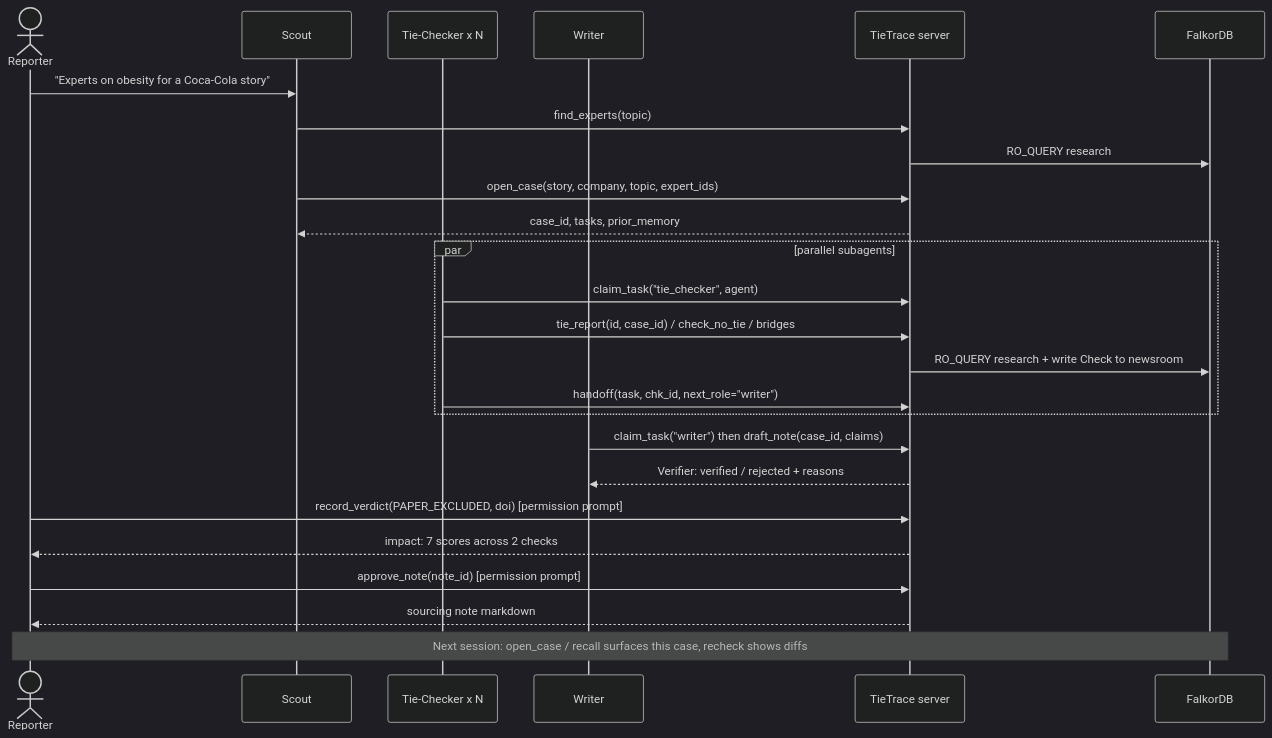
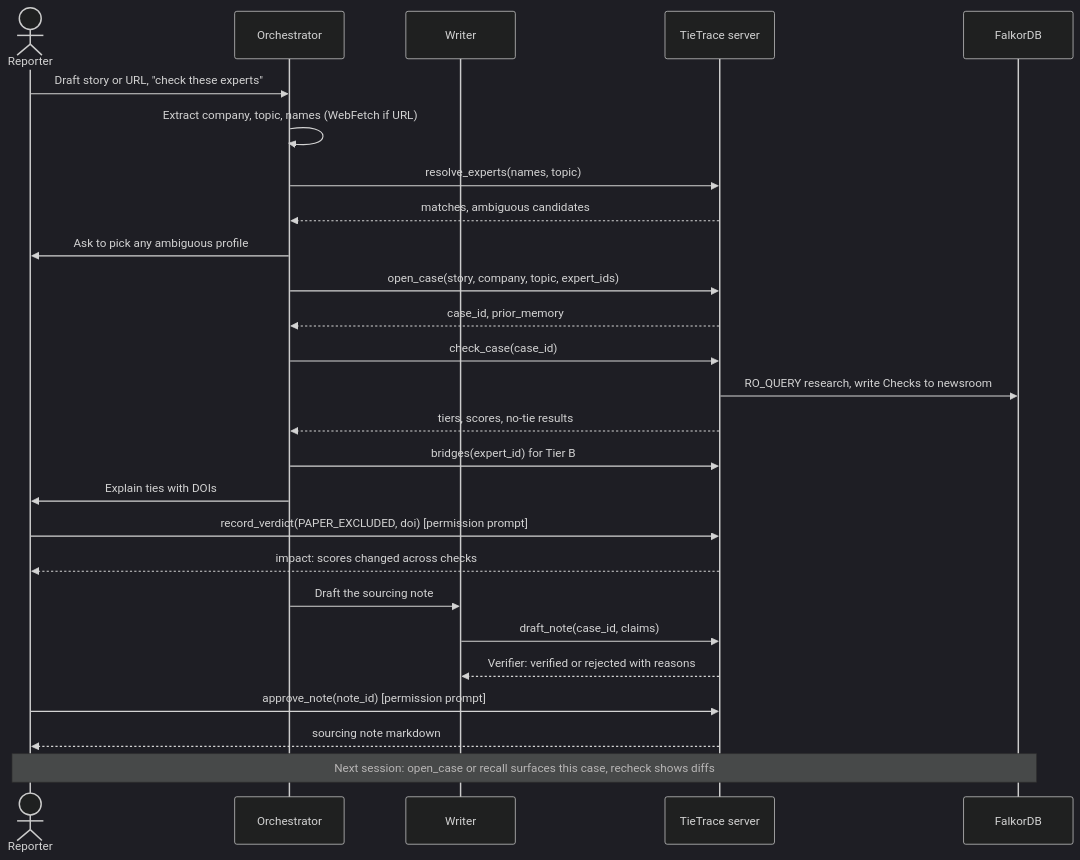
The fourth of 5 diagrams in docs/mcp-spec.md (Aaryan-Degama/TieTrace), drawn with Mermaid (dark theme) before and after one commit. The commit also changed other lines of this file and 2 other files, not shown here.

First line of the commit message:
Move tie-checking into the server, add resolve_experts and CLAUDE.md

````diff
--- a/docs/mcp-spec.md
+++ b/docs/mcp-spec.md
@@ -220,27 +229,28 @@
 ```mermaid
 sequenceDiagram
   actor H as Reporter
-  participant S as Scout
-  participant T as Tie-Checker x N
+  participant O as Orchestrator
   participant W as Writer
   participant MCP as TieTrace server
   participant G as FalkorDB
-  H->>S: "Experts on obesity for a Coca-Cola story"
-  S->>MCP: find_experts(topic)
-  MCP->>G: RO_QUERY research
-  S->>MCP: open_case(story, company, topic, expert_ids)
-  MCP-->>S: case_id, tasks, prior_memory
-  par parallel subagents
-    T->>MCP: claim_task("tie_checker", agent)
-    T->>MCP: tie_report(id, case_id) / check_no_tie / bridges
-    MCP->>G: RO_QUERY research + write Check to newsroom
-    T->>MCP: handoff(task, chk_id, next_role="writer")
-  end
-  W->>MCP: claim_task("writer") then draft_note(case_id, claims)
-  MCP-->>W: Verifier: verified / rejected + reasons
+  H->>O: Draft story or URL, "check these experts"
+  O->>O: Extract company, topic, names (WebFetch if URL)
+  O->>MCP: resolve_experts(names, topic)
+  MCP-->>O: matches, ambiguous candidates
+  O->>H: Ask to pick any ambiguous profile
+  O->>MCP: open_case(story, company, topic, expert_ids)
+  MCP-->>O: case_id, prior_memory
+  O->>MCP: check_case(case_id)
+  MCP->>G: RO_QUERY research, write Checks to newsroom
+  MCP-->>O: tiers, scores, no-tie results
+  O->>MCP: bridges(expert_id) for Tier B
+  O->>H: Explain ties with DOIs
   H->>MCP: record_verdict(PAPER_EXCLUDED, doi) [permission prompt]
-  MCP-->>H: impact: 7 scores across 2 checks
+  MCP-->>H: impact: scores changed across checks
+  O->>W: Draft the sourcing note
+  W->>MCP: draft_note(case_id, claims)
+  MCP-->>W: Verifier: verified or rejected with reasons
   H->>MCP: approve_note(note_id) [permission prompt]
   MCP-->>H: sourcing note markdown
-  Note over H,G: Next session: open_case / recall surfaces this case, recheck shows diffs
+  Note over H,G: Next session: open_case or recall surfaces this case, recheck shows diffs
 ```
````
